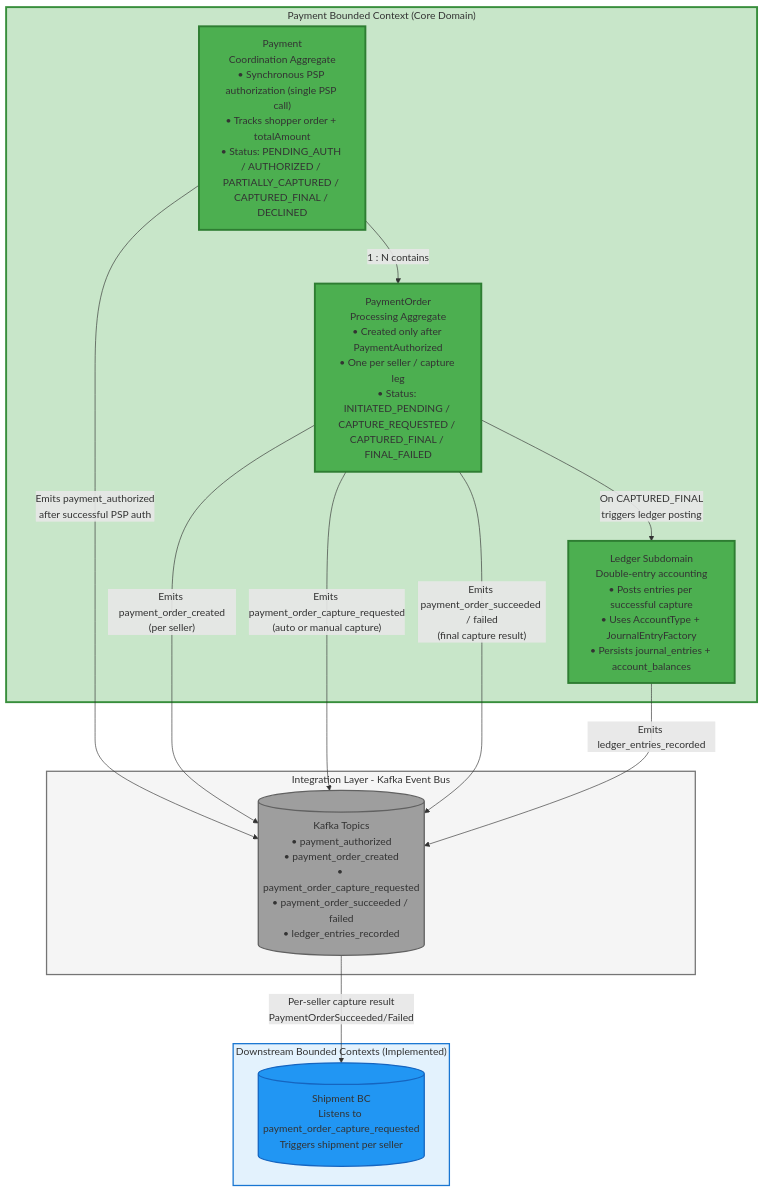
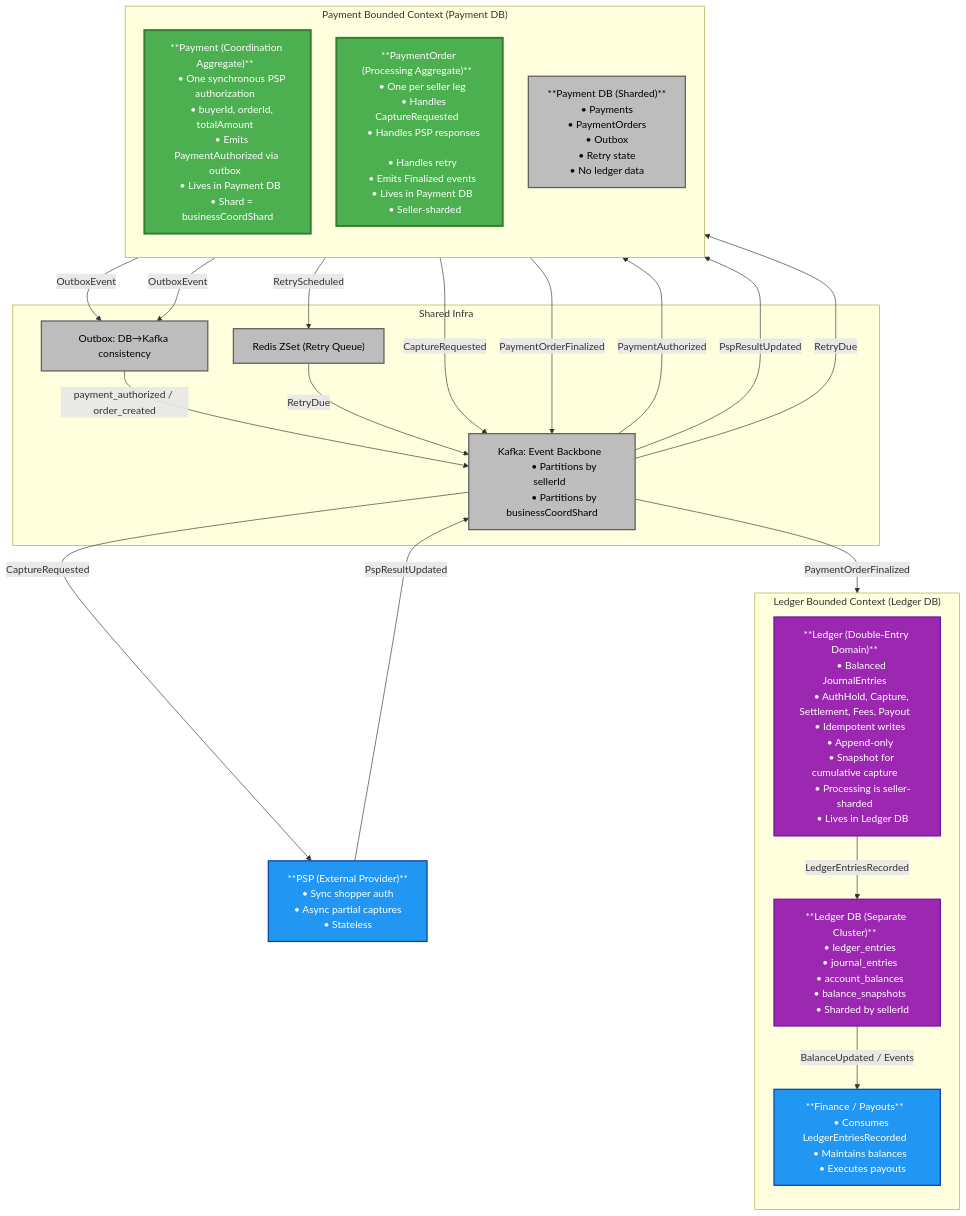
Before and after one commit to dcaglar/ecommerce-platform-kotlin: the second of 10 diagrams in docs/architecture-internal-reader.md, drawn with Mermaid. The commit also changed other lines of this file, not shown here.

````diff
--- a/docs/architecture-internal-reader.md
+++ b/docs/architecture-internal-reader.md
@@ -169,42 +169,105 @@
 ```mermaid
-%%{init:{'theme':'default','flowchart':{'nodeSpacing':50,'rankSpacing':60}}}%%
+%%{init:{'theme':'default','flowchart':{'nodeSpacing':40,'rankSpacing':50}}}%%
 flowchart TB
-    classDef payment fill:#4CAF50,stroke:#2E7D32,stroke-width:3px;
-    classDef downstream fill:#2196F3,stroke:#1565C0,stroke-width:2px;
-    classDef infrastructure fill:#9E9E9E,stroke:#616161,stroke-width:2px;
-    
-    subgraph Payment_BC["Payment Bounded Context (Core Domain)"]
-        Payment_Agg["Payment<br/>Coordination Aggregate<br/>• Synchronous PSP authorization (single PSP call)<br/>• Tracks shopper order + totalAmount<br/>• Status: PENDING_AUTH / AUTHORIZED / PARTIALLY_CAPTURED / CAPTURED_FINAL / DECLINED"]:::payment
-        
-        PaymentOrder_Agg["PaymentOrder<br/>Processing Aggregate<br/>• Created only after PaymentAuthorized<br/>• One per seller / capture leg<br/>• Status: INITIATED_PENDING / CAPTURE_REQUESTED / CAPTURED_FINAL / FINAL_FAILED"]:::payment
-        
-        Ledger_Subdomain["Ledger Subdomain<br/>Double-entry accounting<br/>• Posts entries per successful capture<br/>• Uses AccountType + JournalEntryFactory<br/>• Persists journal_entries + account_balances"]:::payment
-    end
 
-    subgraph Integration["Integration Layer - Kafka Event Bus"]
-        KAFKA[("Kafka Topics<br/>• payment_authorized<br/>• payment_order_created<br/>• payment_order_capture_requested<br/>• payment_order_succeeded / failed<br/>• ledger_entries_recorded")]:::infrastructure
-    end
+%% STYLE
+classDef payment fill:#4CAF50,stroke:#2E7D32,stroke-width:3px,color:#fff
+classDef ledger fill:#9C27B0,stroke:#6A1B9A,stroke-width:2px,color:#fff
+classDef infra fill:#BDBDBD,stroke:#616161,stroke-width:2px,color:#000
+classDef downstream fill:#2196F3,stroke:#0D47A1,stroke-width:2px,color:#fff
 
-    subgraph Downstream_BCs["Downstream Bounded Contexts (Implemented)"]
-        Shipment_BC[("Shipment BC<br/>Listens to payment_order_capture_requested<br/>Triggers shipment per seller")]:::downstream
-    end
+%% PAYMENT BOUNDED CONTEXT (Payment DB)
+subgraph PaymentBC["Payment Bounded Context (Payment DB)"]
+    direction TB
 
-    %% Relationships inside Payment BC
-    Payment_Agg -->|"1 : N contains"| PaymentOrder_Agg
-    PaymentOrder_Agg -->|"On CAPTURED_FINAL<br/>triggers ledger posting"| Ledger_Subdomain
+    PaymentAgg["**Payment (Coordination Aggregate)**  
+    • One synchronous PSP authorization  
+    • buyerId, orderId, totalAmount  
+    • Emits PaymentAuthorized via outbox  
+    • Lives in Payment DB  
+    • Shard = businessCoordShard"]:::payment
 
-    %% Events out of Payment BC
-    Payment_Agg -->|"Emits payment_authorized<br/>after successful PSP auth"| KAFKA
-    PaymentOrder_Agg -->|"Emits payment_order_created<br/>(per seller)"| KAFKA
-    PaymentOrder_Agg -->|"Emits payment_order_capture_requested<br/>(auto or manual capture)"| KAFKA
-    PaymentOrder_Agg -->|"Emits payment_order_succeeded / failed<br/>(final capture result)"| KAFKA
-    Ledger_Subdomain -->|"Emits ledger_entries_recorded"| KAFKA
-    
-    %% Downstream consumption
-    KAFKA -->|"Per-seller capture result<br/>PaymentOrderSucceeded/Failed"| Shipment_BC
+    PaymentOrderAgg["**PaymentOrder (Processing Aggregate)**  
+    • One per seller leg  
+    • Handles CaptureRequested  
+    • Handles PSP responses  
+    • Handles retry  
+    • Emits Finalized events  
+    • Lives in Payment DB  
+    • Seller-sharded"]:::payment
 
-    %% Styling
-    style Payment_BC fill:#C8E6C9,stroke:#388E3C,stroke-width:3px
-    style Integration fill:#F5F5F5,stroke:#757575,stroke-width:2px
-    style Downstream_BCs fill:#E3F2FD,stroke:#1976D2,stroke-width:2px
+    PaymentDB["**Payment DB (Sharded)**  
+    • Payments  
+    • PaymentOrders  
+    • Outbox  
+    • Retry state  
+    • No ledger data"]:::infra
+end
+
+%% INFRASTRUCTURE
+subgraph Infra["Shared Infra"]
+    Outbox["Outbox: DB→Kafka consistency"]:::infra
+    Kafka["Kafka: Event Backbone  
+          • Partitions by sellerId  
+          • Partitions by businessCoordShard"]:::infra
+    Redis["Redis ZSet (Retry Queue)"]:::infra
+end
+
+%% LEDGER BOUNDED CONTEXT (Ledger DB)
+subgraph LedgerBC["Ledger Bounded Context (Ledger DB)"]
+    direction TB
+
+    Ledger["**Ledger (Double-Entry Domain)**  
+    • Balanced JournalEntries  
+    • AuthHold, Capture, Settlement, Fees, Payout  
+    • Idempotent writes  
+    • Append-only  
+    • Snapshot for cumulative capture  
+    • Processing is seller-sharded  
+    • Lives in Ledger DB"]:::ledger
+
+    LedgerDB["**Ledger DB (Separate Cluster)**  
+    • ledger_entries  
+    • journal_entries  
+    • account_balances  
+    • balance_snapshots  
+    • Sharded by sellerId"]:::ledger
+
+    Finance["**Finance / Payouts**  
+    • Consumes LedgerEntriesRecorded  
+    • Maintains balances  
+    • Executes payouts"]:::downstream
+end
+
+%% PSP
+PSP["**PSP (External Provider)**  
+• Sync shopper auth  
+• Async partial captures  
+• Stateless"]:::downstream
+
+%% FLOWS
+
+%% Payment creation
+PaymentAgg -->|"OutboxEvent<PaymentAuthorized>"| Outbox
+PaymentOrderAgg -->|"OutboxEvent<PaymentOrderCreated>"| Outbox
+Outbox -->|"payment_authorized / order_created"| Kafka
+
+Kafka -->|"PaymentAuthorized"| PaymentOrderAgg
+
+%% Capture pipeline
+PaymentOrderAgg -->|"CaptureRequested"| Kafka
+Kafka -->|"CaptureRequested"| PSP
+PSP -->|"PspResultUpdated"| Kafka
+Kafka -->|"PspResultUpdated"| PaymentOrderAgg
+
+%% Retry 
+PaymentOrderAgg -->|"RetryScheduled"| Redis
+Redis -->|"RetryDue"| Kafka
+Kafka -->|"RetryDue"| PaymentOrderAgg
+
+%% Ledger flow
+PaymentOrderAgg -->|"PaymentOrderFinalized"| Kafka
+Kafka -->|"PaymentOrderFinalized"| Ledger
+Ledger -->|"LedgerEntriesRecorded"| LedgerDB
+LedgerDB -->|"BalanceUpdated / Events"| Finance
 ```
````
